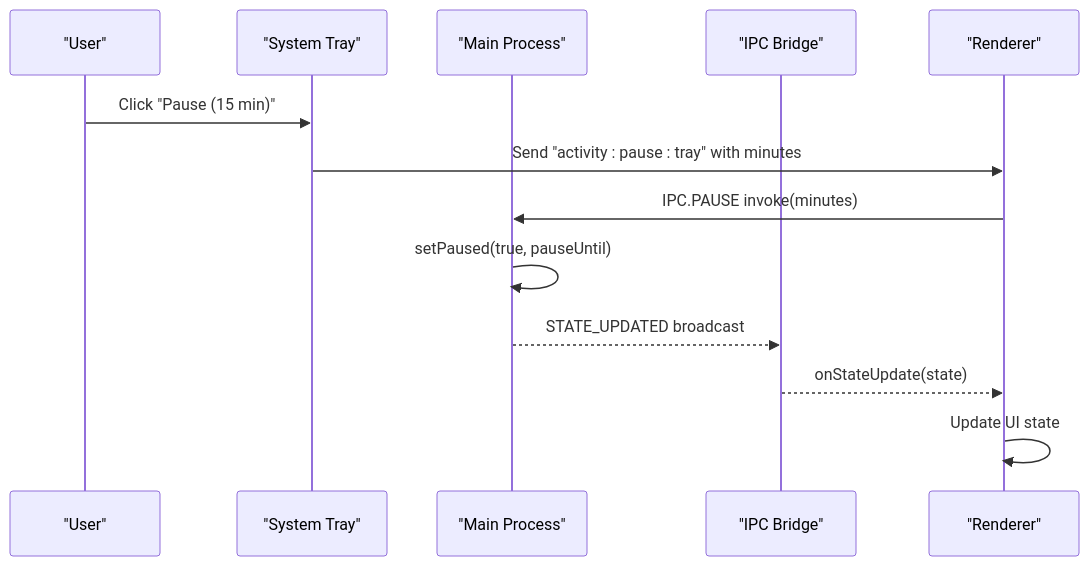
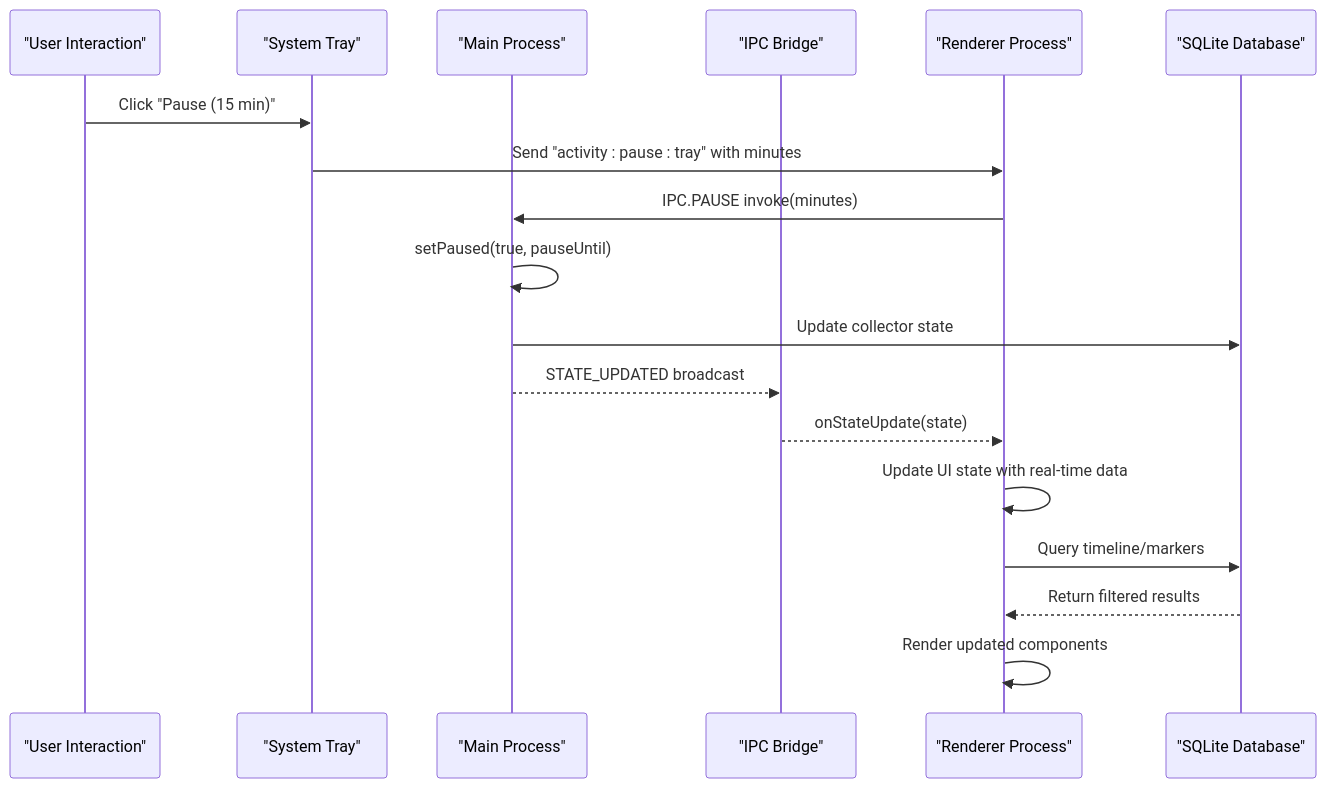
The second of 11 diagrams in .qoder/repowiki/en/content/Core Features/Electron Desktop Application.md (WizardJIOCb/rodion.pro), drawn with Mermaid before and after one commit. The commit also changed other lines of this file and 26 other files, not shown here.

````diff
--- a/.qoder/repowiki/en/content/Core Features/Electron Desktop Application.md
+++ b/.qoder/repowiki/en/content/Core Features/Electron Desktop Application.md
@@ -122,15 +179,20 @@
 ```mermaid
 sequenceDiagram
-participant User as "User"
+participant User as "User Interaction"
 participant Tray as "System Tray"
 participant Main as "Main Process"
 participant IPC as "IPC Bridge"
-participant Renderer as "Renderer"
+participant Renderer as "Renderer Process"
+participant Store as "SQLite Database"
 User->>Tray : Click "Pause (15 min)"
 Tray->>Renderer : Send "activity : pause : tray" with minutes
 Renderer->>Main : IPC.PAUSE invoke(minutes)
 Main->>Main : setPaused(true, pauseUntil)
+Main->>Store : Update collector state
 Main-->>IPC : STATE_UPDATED broadcast
 IPC-->>Renderer : onStateUpdate(state)
-Renderer->>Renderer : Update UI state
+Renderer->>Renderer : Update UI state with real-time data
+Renderer->>Store : Query timeline/markers
+Store-->>Renderer : Return filtered results
+Renderer->>Renderer : Render updated components
 ```
````
